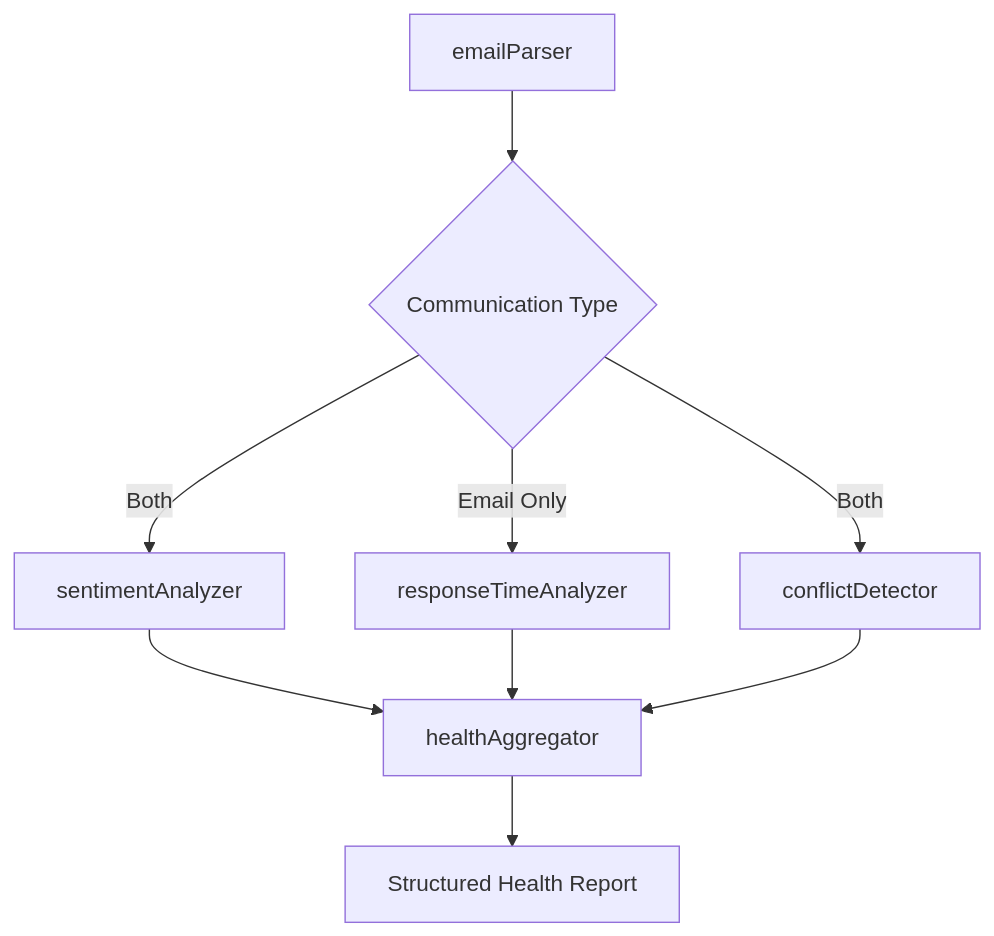
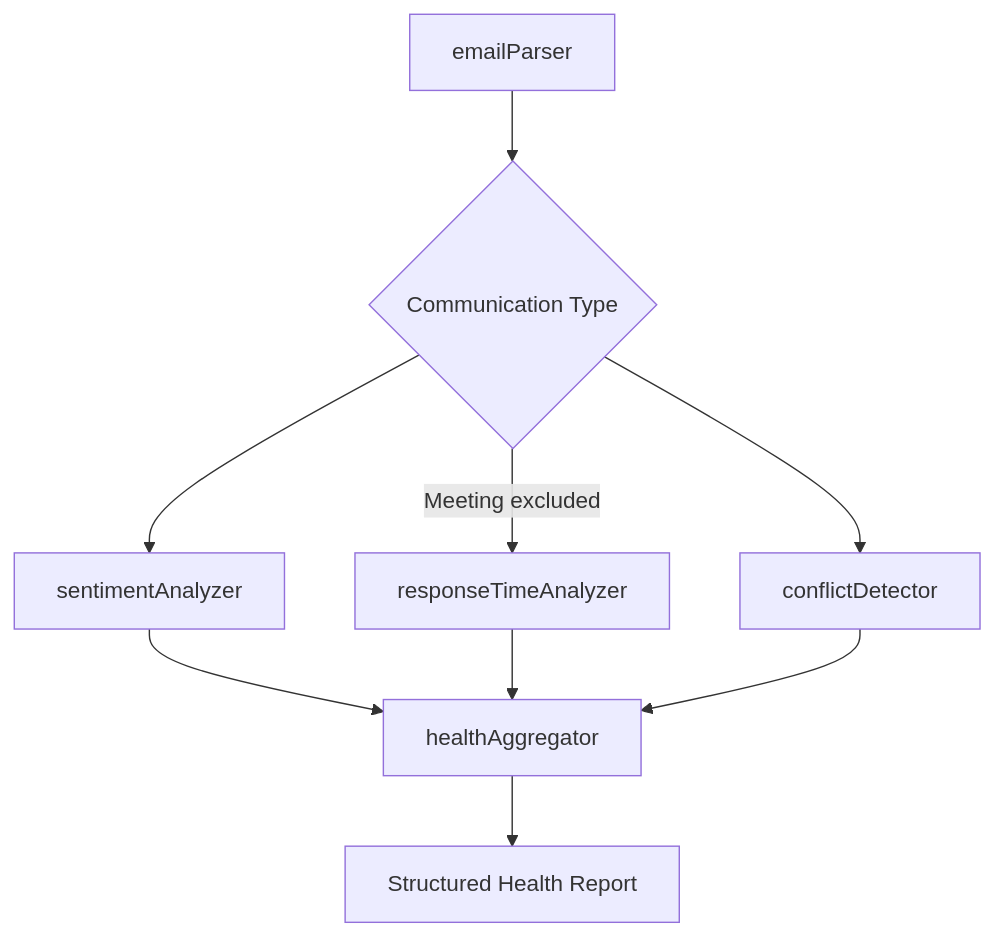
Before and after one commit to roeyzeldin/communication-health-analyzer: the diagram in README.md, drawn with Mermaid. The commit also changed other lines of this file, not shown here.

````diff
--- a/README.md
+++ b/README.md
@@ -53,13 +53,13 @@
 ```mermaid
 graph TD
     A[emailParser] --> B{Communication Type}
-    B -->|Both| C[sentimentAnalyzer]
-    B -->|Email Only| D[responseTimeAnalyzer]
-    B -->|Both| E[conflictDetector]
+    B -->C[sentimentAnalyzer]
+    B -->|Meeting excluded| D[responseTimeAnalyzer]
+    B -->E[conflictDetector]
     
     C --> F[healthAggregator]
     D --> F
     E --> F
     
     F --> G[Structured Health Report]
 ```
````
